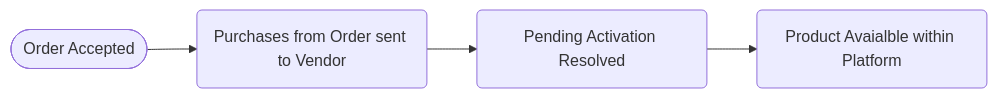
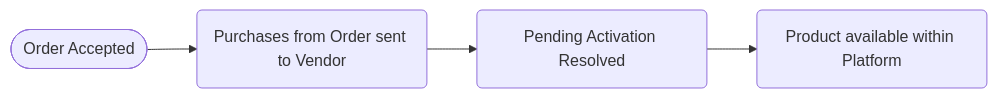
Before and after one commit to vendasta/marketplace-documentation: the first of 2 diagrams in docs/Guides/provisioning_workflow.md, drawn with Mermaid. The commit also changed other lines of this file, not shown here.

````diff
--- a/docs/Guides/provisioning_workflow.md
+++ b/docs/Guides/provisioning_workflow.md
@@ -3,5 +3,5 @@
 ``` mermaid
 flowchart LR
   OA([Order Accepted])-->P(Purchases from Order sent to Vendor)
-  -->R(Pending Activation Resolved)-->A(Product Avaialble within Platform)
+  -->R(Pending Activation Resolved)-->A(Product available within Platform)
 ```
````
